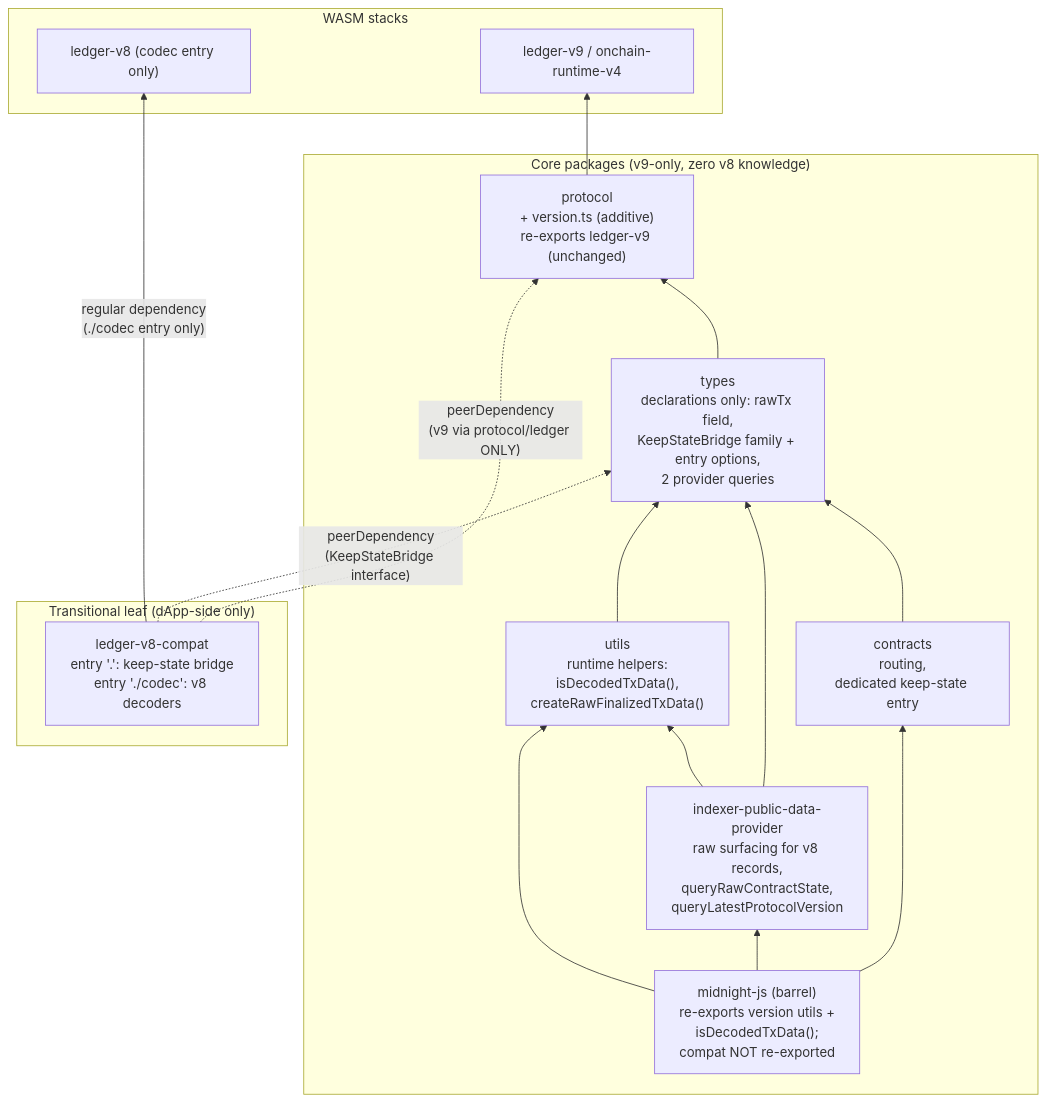
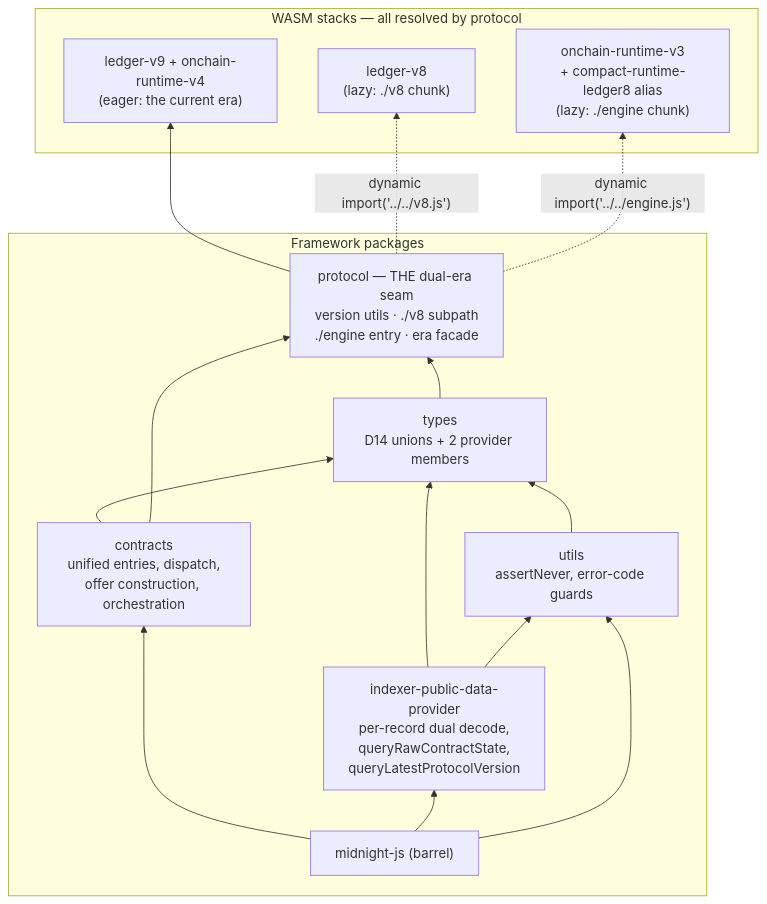
The third of 10 diagrams in docs/architecture/2026-08-05-ledger-v8-v9-dual-support-architecture.md (midnightntwrk/midnight-js), drawn with Mermaid before and after one commit. The commit also changed other lines of this file and 3 other files, not shown here.

First line of the commit message:
docs: reconcile HF spec and plans against the merged dual-ledger stack

````diff
--- a/docs/architecture/2026-08-05-ledger-v8-v9-dual-support-architecture.md
+++ b/docs/architecture/2026-08-05-ledger-v8-v9-dual-support-architecture.md
@@ -98,33 +91,30 @@
 ```mermaid
 flowchart BT
-    subgraph core["Core packages (v9-only, zero v8 knowledge)"]
-        protocol["protocol<br/>+ version.ts (additive)<br/>re-exports ledger-v9 (unchanged)"]
-        types["types<br/>declarations only: rawTx field,<br/>KeepStateBridge family + entry options,<br/>2 provider queries"]
-        utils["utils<br/>runtime helpers:<br/>isDecodedTxData(),<br/>createRawFinalizedTxData()"]
-        contracts["contracts<br/>routing,<br/>dedicated keep-state entry"]
-        indexerprov["indexer-public-data-provider<br/>raw surfacing for v8 records,<br/>queryRawContractState,<br/>queryLatestProtocolVersion"]
-        barrel["midnight-js (barrel)<br/>re-exports version utils +<br/>isDecodedTxData();<br/>compat NOT re-exported"]
+    subgraph core["Framework packages"]
+        protocol["protocol — THE dual-era seam<br/>version utils · ./v8 subpath<br/>./engine entry · era facade"]
+        types["types<br/>D14 unions + 2 provider members"]
+        utils["utils<br/>assertNever, error-code guards"]
+        contracts["contracts<br/>unified entries, dispatch,<br/>offer construction, orchestration"]
+        indexerprov["indexer-public-data-provider<br/>per-record dual decode,<br/>queryRawContractState,<br/>queryLatestProtocolVersion"]
+        barrel["midnight-js (barrel)"]
     end
 
-    subgraph leaf["Transitional leaf (dApp-side only)"]
-        compat["ledger-v8-compat<br/>entry '.': keep-state bridge<br/>entry './codec': v8 decoders"]
-    end
-
-    subgraph wasm["WASM stacks"]
-        v9["ledger-v9 / onchain-runtime-v4"]
-        v8["ledger-v8 (codec entry only)"]
+    subgraph wasm["WASM stacks — all resolved by protocol"]
+        v9["ledger-v9 + onchain-runtime-v4<br/>(eager: the current era)"]
+        v8["ledger-v8<br/>(lazy: ./v8 chunk)"]
+        r16["onchain-runtime-v3<br/>+ compact-runtime-ledger8 alias<br/>(lazy: ./engine chunk)"]
     end
 
     types --> protocol
     utils --> types
     contracts --> types
+    contracts --> protocol
     indexerprov --> types
     indexerprov --> utils
     barrel --> contracts
     barrel --> indexerprov
     barrel --> utils
     protocol --> v9
-    compat -. "peerDependency<br/>(v9 via protocol/ledger ONLY)" .-> protocol
-    compat -. "peerDependency<br/>(KeepStateBridge interface)" .-> types
-    compat -- "regular dependency<br/>(./codec entry only)" --> v8
+    protocol -. "dynamic import('../../v8.js')" .-> v8
+    protocol -. "dynamic import('../../engine.js')" .-> r16
 ```
````
